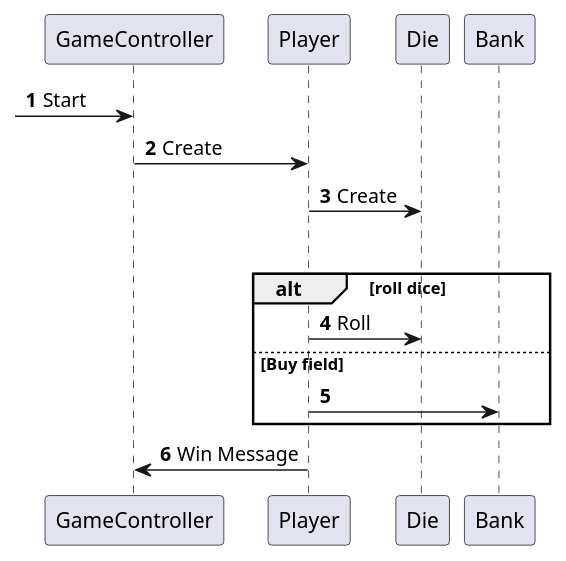
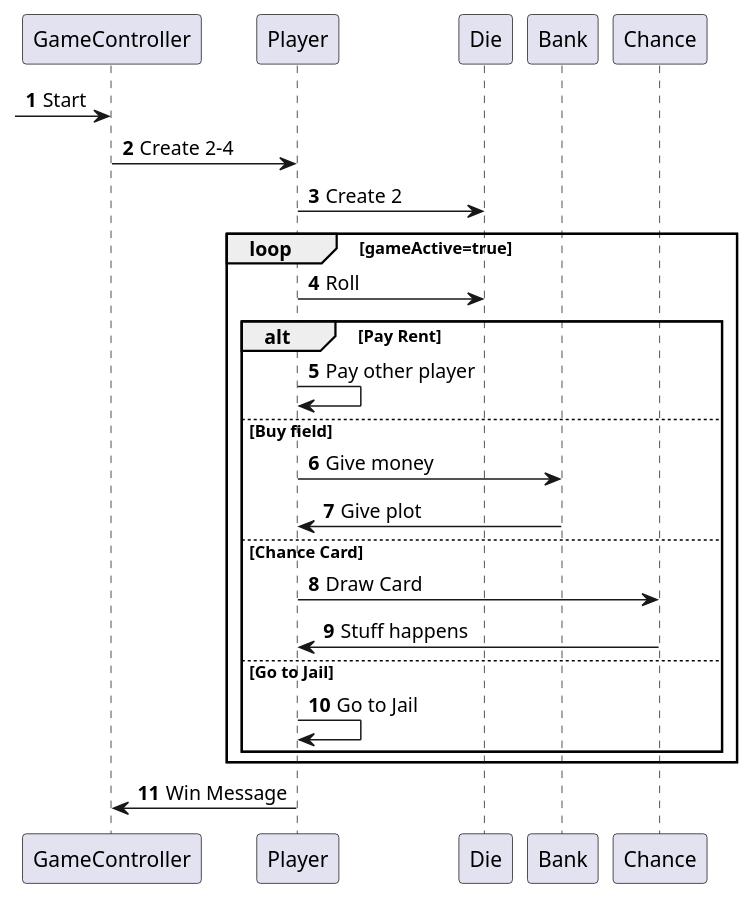
Before and after one commit to DTUgruppe15/15_del3: the diagram in src/UML/CDIO3SequenceDiagram.puml, drawn with PlantUML. The commit also changed 1 other file, not shown here.

Commit message:
Update UML

```diff
--- a/src/UML/CDIO3SequenceDiagram.puml
+++ b/src/UML/CDIO3SequenceDiagram.puml
@@ -1,17 +1,26 @@
 @startuml
 'https://plantuml.com/sequence-diagram
 
 autonumber
 
 [->GameController:Start
-GameController -> Player:Create
-Player -> Die:Create
-loop win==false
-    alt roll dice
-        Player -> Die:Roll
+GameController -> Player:Create 2-4
+Player -> Die:Create 2
+loop gameActive=true
+    Player -> Die:Roll
+
+    alt Pay Rent
+        Player -> Player:Pay other player
     else Buy field
-        Player -> Bank
+        Player -> Bank:Give money
+        Bank -> Player:Give plot
+    else Chance Card
+        Player -> Chance:Draw Card
+        Chance -> Player:Stuff happens
+    else Go to Jail
+        Player -> Player:Go to Jail
+    end
 end
 Player -> GameController:Win Message
 
 @enduml
```
